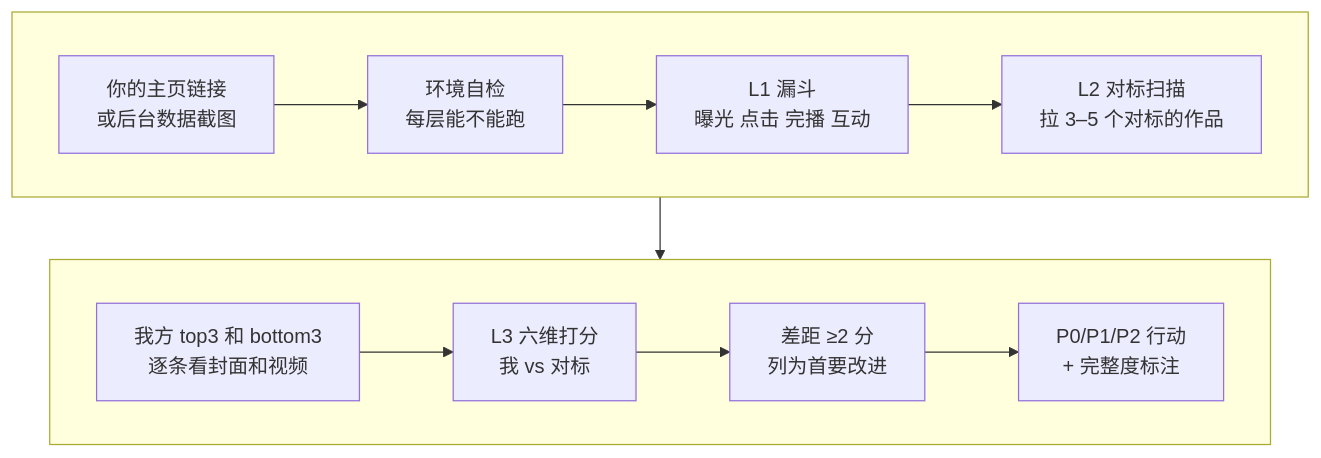
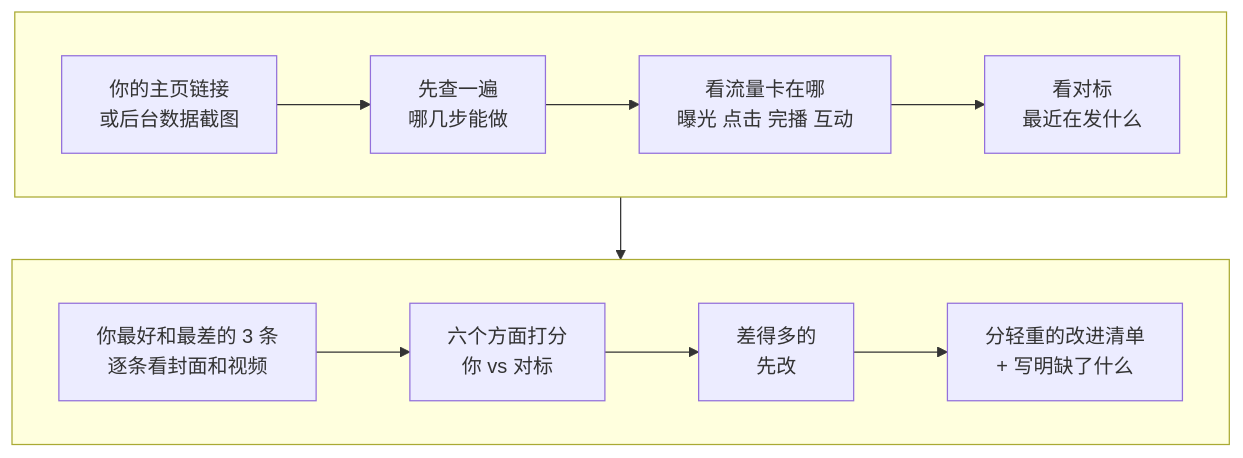
The diagram in 自媒体教程/课程/2-1-账号体检.md (JuneYaooo/media-teach), drawn with Mermaid before and after one commit. The commit also changed other lines of this file and 46 other files, not shown here.

````diff
--- a/自媒体教程/课程/2-1-账号体检.md
+++ b/自媒体教程/课程/2-1-账号体检.md
@@ -17,12 +19,12 @@
 ```mermaid
 flowchart TB
   subgraph R1[" "]
     direction LR
-    A[你的主页链接<br>或后台数据截图] --> B[环境自检<br>每层能不能跑] --> C[L1 漏斗<br>曝光 点击 完播 互动] --> D[L2 对标扫描<br>拉 3–5 个对标的作品]
+    A[你的主页链接<br>或后台数据截图] --> B[先查一遍<br>哪几步能做] --> C[看流量卡在哪<br>曝光 点击 完播 互动] --> D[看对标<br>最近在发什么]
   end
   subgraph R2[" "]
     direction LR
-    E[我方 top3 和 bottom3<br>逐条看封面和视频] --> F[L3 六维打分<br>我 vs 对标] --> G[差距 ≥2 分<br>列为首要改进] --> H[P0/P1/P2 行动<br>+ 完整度标注]
+    E[你最好和最差的 3 条<br>逐条看封面和视频] --> F[六个方面打分<br>你 vs 对标] --> G[差得多的<br>先改] --> H[分轻重的改进清单<br>+ 写明缺了什么]
   end
   R1 --> R2
 ```
````
